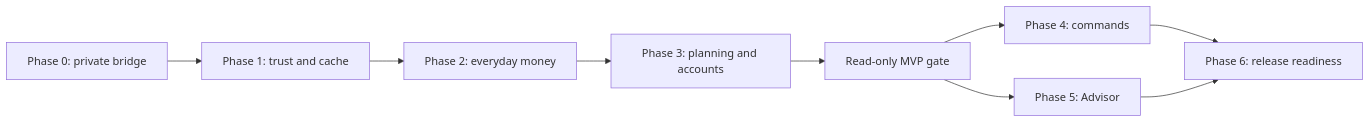
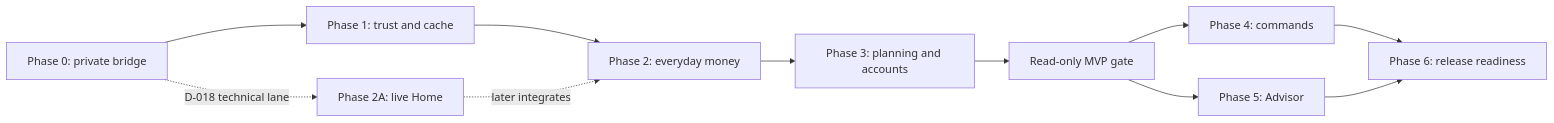
One commit to saar120/money-monitor changed the diagram in ios/Specification/README.md. Above: the diagram before and after it, drawn with Mermaid. The commit also changed other lines of this file and 11 other files, not shown here.

Commit message:
docs(ios): defer phase one for technical dogfood

````diff
--- a/ios/Specification/README.md
+++ b/ios/Specification/README.md
@@ -31,11 +31,13 @@
 ```mermaid
 flowchart LR
     P0["Phase 0: private bridge"] --> P1["Phase 1: trust and cache"]
     P1 --> P2["Phase 2: everyday money"]
+    P0 -. "D-018 technical lane" .-> P2A["Phase 2A: live Home"]
+    P2A -. "later integrates" .-> P2
     P2 --> P3["Phase 3: planning and accounts"]
     P3 --> MVP["Read-only MVP gate"]
     MVP --> P4["Phase 4: commands"]
     MVP --> P5["Phase 5: Advisor"]
     P4 --> P6["Phase 6: release readiness"]
     P5 --> P6
 ```
````
